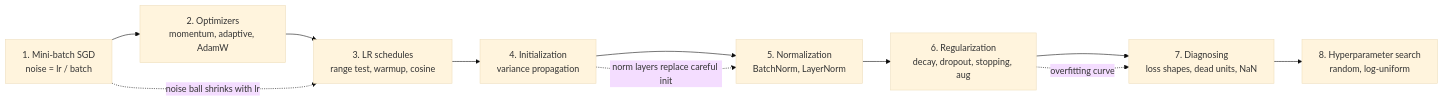
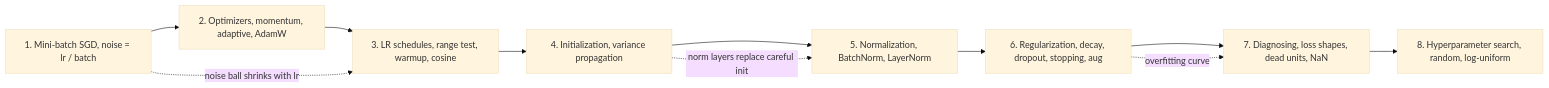
Before and after one commit to dthemann/deep-learning: the diagram in notebooks/04_training_deep_networks.md, drawn with Mermaid (base theme). The commit also changed 1 other file, not shown here.

Commit message:
WIP: worker output in progress
Claude-Session: https://claude.ai/code/session_01AyDyWZLS5ijWEeo4Qagpbd

````diff
--- a/notebooks/04_training_deep_networks.md
+++ b/notebooks/04_training_deep_networks.md
@@ -25,13 +25,13 @@
 ```mermaid
 flowchart LR
-    S1["1. Mini-batch SGD<br/>noise = lr / batch"] --> S2["2. Optimizers<br/>momentum, adaptive, AdamW"]
-    S2 --> S3["3. LR schedules<br/>range test, warmup, cosine"]
-    S3 --> S4["4. Initialization<br/>variance propagation"]
-    S4 --> S5["5. Normalization<br/>BatchNorm, LayerNorm"]
-    S5 --> S6["6. Regularization<br/>decay, dropout, stopping, aug"]
-    S6 --> S7["7. Diagnosing<br/>loss shapes, dead units, NaN"]
-    S7 --> S8["8. Hyperparameter search<br/>random, log-uniform"]
+    S1["1. Mini-batch SGD, noise = lr / batch"] --> S2["2. Optimizers, momentum, adaptive, AdamW"]
+    S2 --> S3["3. LR schedules, range test, warmup, cosine"]
+    S3 --> S4["4. Initialization, variance propagation"]
+    S4 --> S5["5. Normalization, BatchNorm, LayerNorm"]
+    S5 --> S6["6. Regularization, decay, dropout, stopping, aug"]
+    S6 --> S7["7. Diagnosing, loss shapes, dead units, NaN"]
+    S7 --> S8["8. Hyperparameter search, random, log-uniform"]
     S1 -. "noise ball shrinks with lr" .-> S3
     S4 -. "norm layers replace careful init" .-> S5
     S6 -. "overfitting curve" .-> S7
 ```
````
